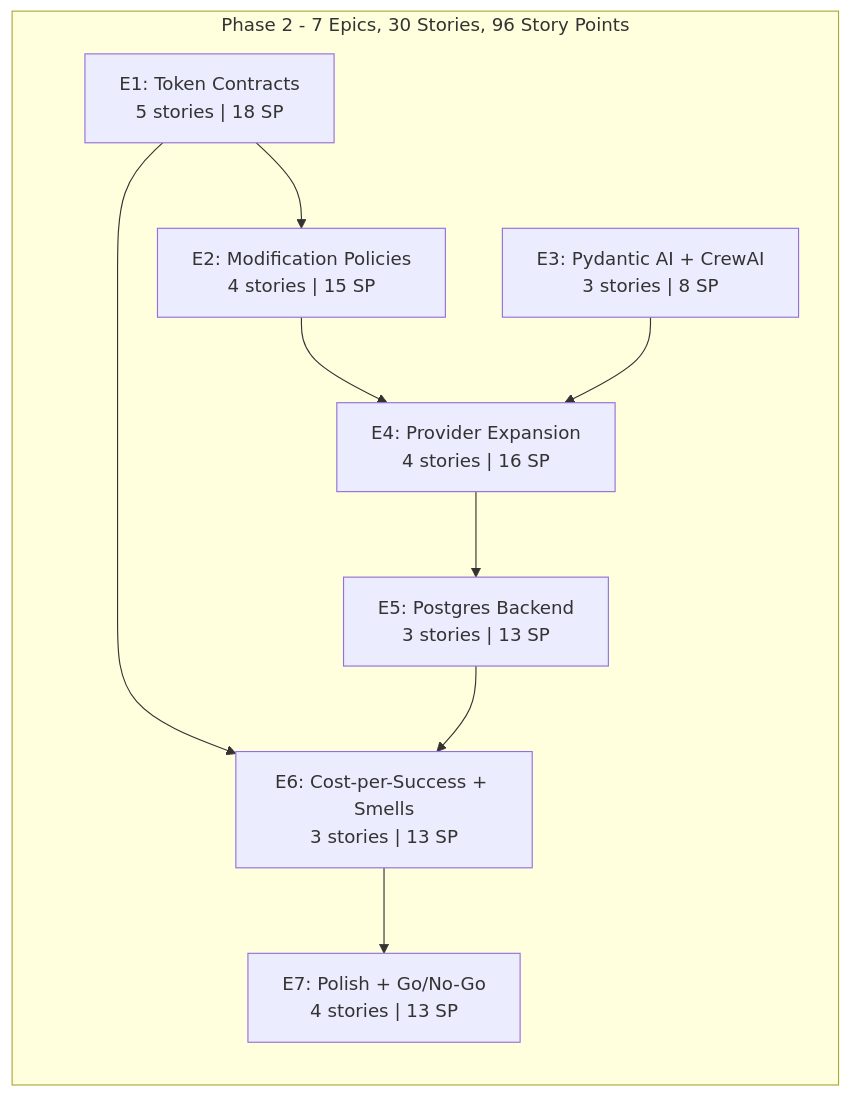
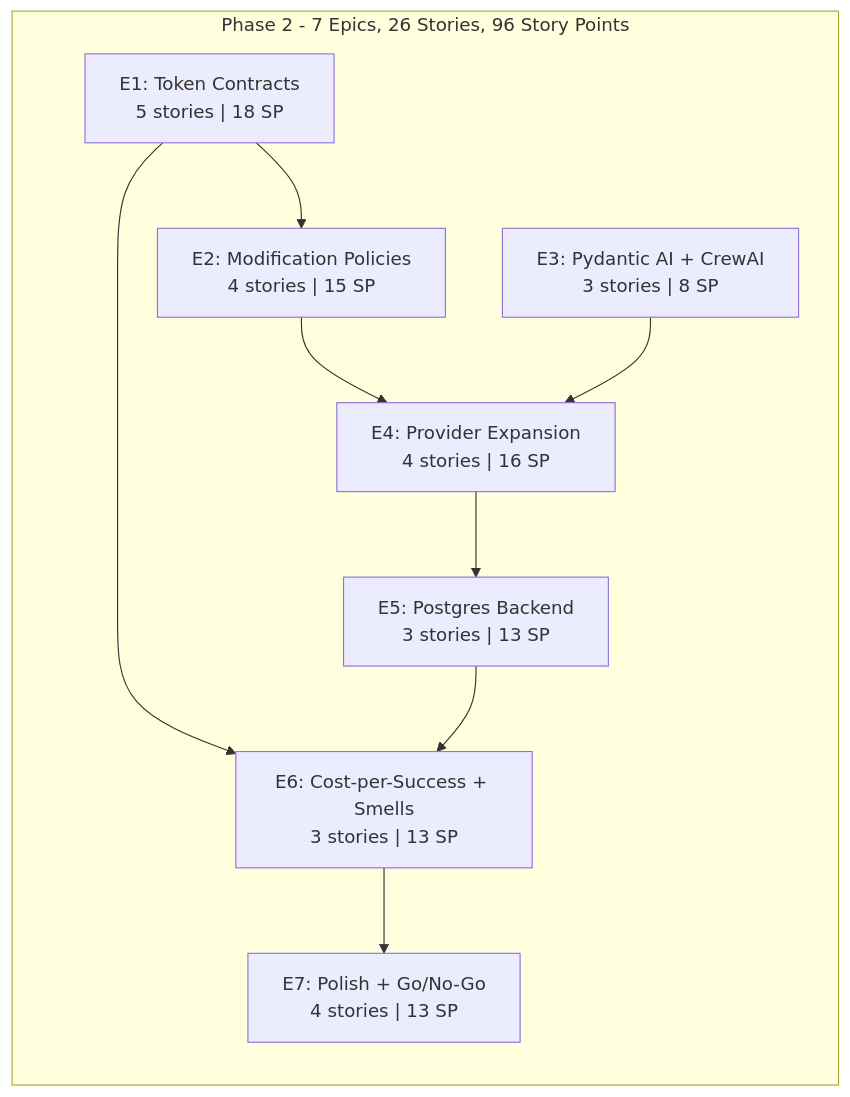
Before and after one commit to inkfoot/InkFoot: the third of 3 diagrams in docs/planned/phase2/inkfoot_phase2_development_epics.md, drawn with Mermaid. The commit also changed other lines of this file and 7 other files, not shown here.

````diff
--- a/docs/planned/phase2/inkfoot_phase2_development_epics.md
+++ b/docs/planned/phase2/inkfoot_phase2_development_epics.md
@@ -723,20 +749,20 @@
 ```mermaid
 graph TB
-    subgraph SUMMARY["Phase 2 - 7 Epics, 30 Stories, 96 Story Points"]
+    subgraph SUMMARY["Phase 2 - 7 Epics, 26 Stories, 96 Story Points"]
         direction TB
         E1S["E1: Token Contracts<br/>5 stories | 18 SP"]
         E2S["E2: Modification Policies<br/>4 stories | 15 SP"]
         E3S["E3: Pydantic AI + CrewAI<br/>3 stories | 8 SP"]
         E4S["E4: Provider Expansion<br/>4 stories | 16 SP"]
         E5S["E5: Postgres Backend<br/>3 stories | 13 SP"]
         E6S["E6: Cost-per-Success + Smells<br/>3 stories | 13 SP"]
         E7S["E7: Polish + Go/No-Go<br/>4 stories | 13 SP"]
     end
     E1S --> E2S
     E1S --> E6S
     E2S --> E4S
     E3S --> E4S
     E4S --> E5S
     E5S --> E6S
     E6S --> E7S
 ```
````
